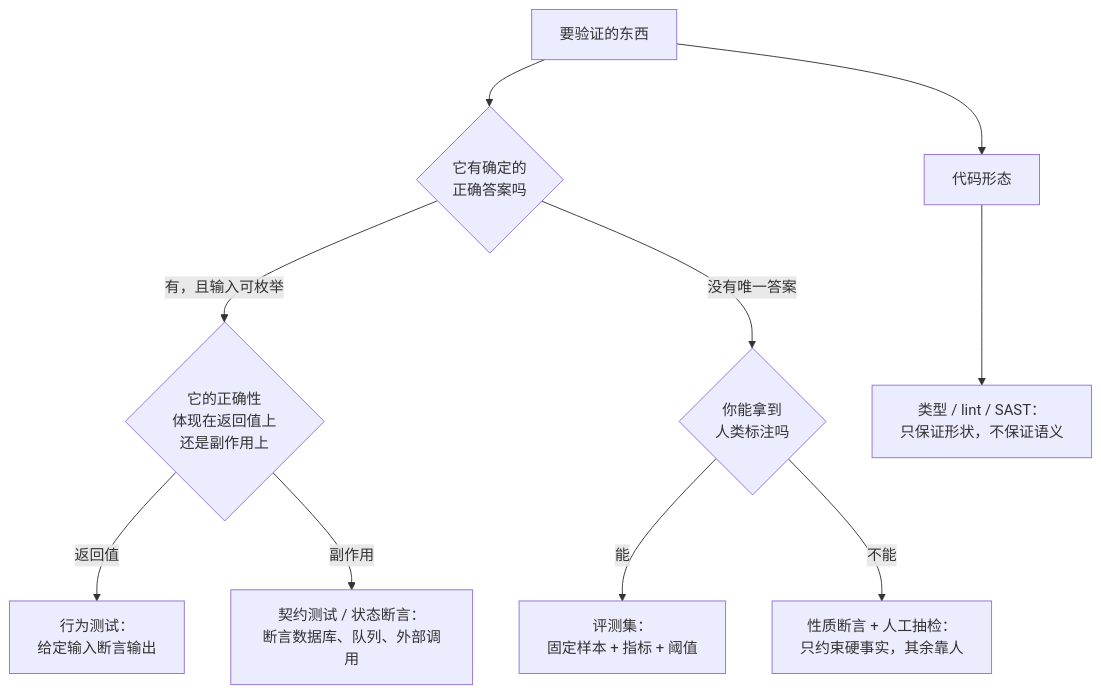
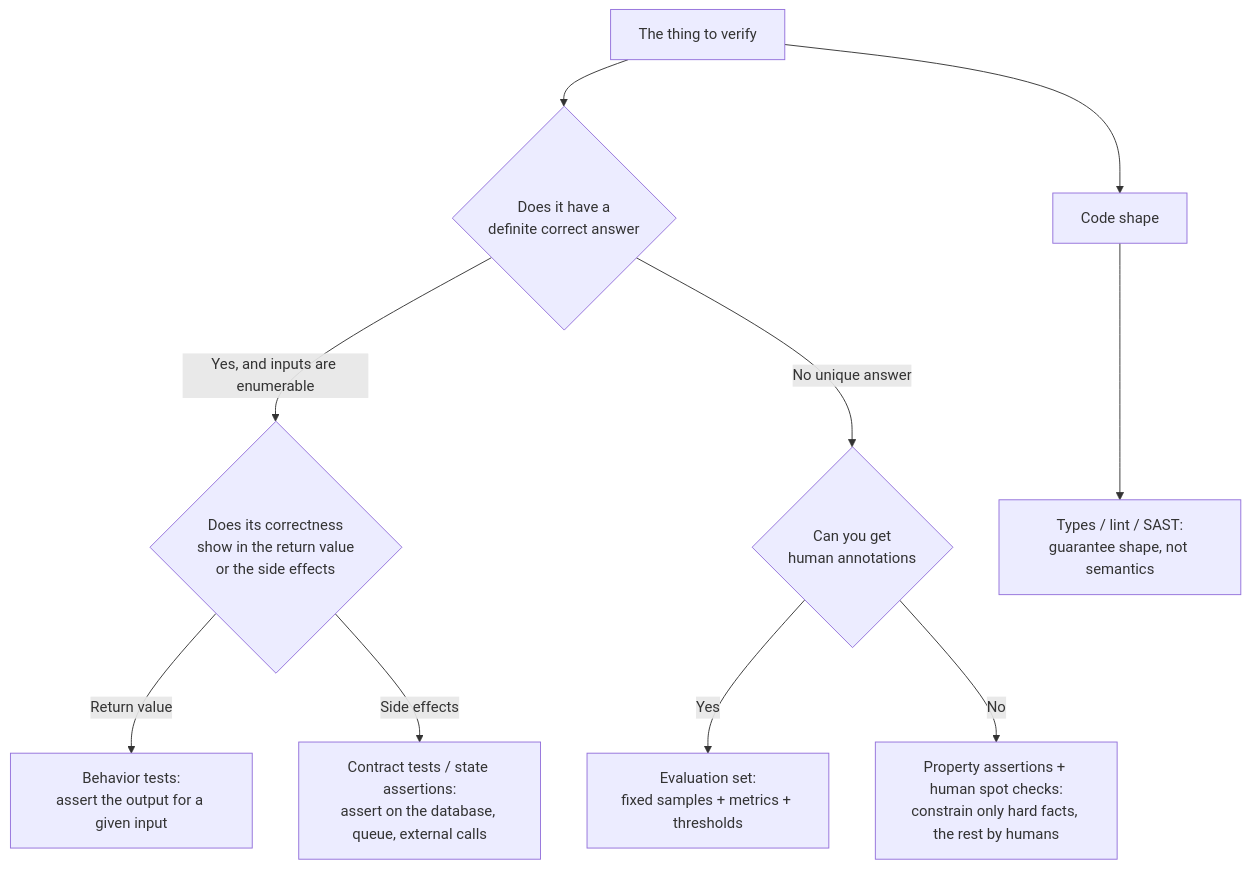
One commit to xzlxiao/vibe-coding-textbook changed the first of 2 diagrams in phase3/chapters/ch03-three-objects.md. Above: the diagram before and after it, drawn with Mermaid. The commit also changed other lines of this file and 12 other files, not shown here.

````diff
--- a/phase3/chapters/ch03-three-objects.md
+++ b/phase3/chapters/ch03-three-objects.md
@@ -79,11 +79,11 @@
 ```mermaid
 flowchart TD
-    Q["要验证的东西"] --> A{"它有确定的<br/>正确答案吗"}
-    A -->|"有，且输入可枚举"| B{"它的正确性<br/>体现在返回值上<br/>还是副作用上"}
-    B -->|"返回值"| C["行为测试：<br/>给定输入断言输出"]
-    B -->|"副作用"| D["契约测试 / 状态断言：<br/>断言数据库、队列、外部调用"]
-    A -->|"没有唯一答案"| E{"你能拿到<br/>人类标注吗"}
-    E -->|"能"| F["评测集：<br/>固定样本 + 指标 + 阈值"]
-    E -->|"不能"| G["性质断言 + 人工抽检：<br/>只约束硬事实，其余靠人"]
-    Q --> H["代码形态"] --> I["类型 / lint / SAST：<br/>只保证形状，不保证语义"]
+    Q["The thing to verify"] --> A{"Does it have a<br/>definite correct answer"}
+    A -->|"Yes, and inputs are enumerable"| B{"Does its correctness<br/>show in the return value<br/>or the side effects"}
+    B -->|"Return value"| C["Behavior tests:<br/>assert the output for a given input"]
+    B -->|"Side effects"| D["Contract tests / state assertions:<br/>assert on the database, queue, external calls"]
+    A -->|"No unique answer"| E{"Can you get<br/>human annotations"}
+    E -->|"Yes"| F["Evaluation set:<br/>fixed samples + metrics + thresholds"]
+    E -->|"No"| G["Property assertions + human spot checks:<br/>constrain only hard facts, the rest by humans"]
+    Q --> H["Code shape"] --> I["Types / lint / SAST:<br/>guarantee shape, not semantics"]
 ```
````
